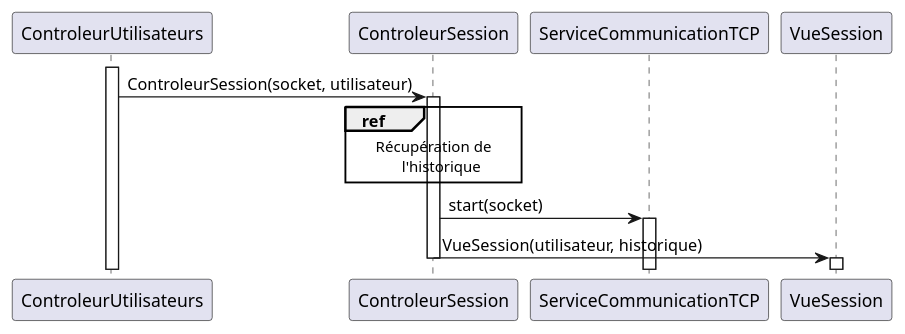
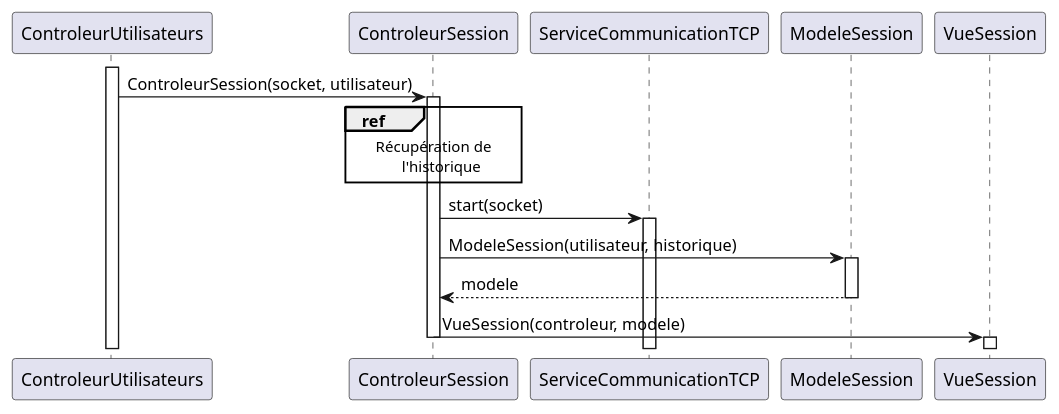
The diagram in sequence/creation_session.wsd (arc-hugo/clavardage_uml), drawn with PlantUML before and after one commit. The commit also changed 3 other files, not shown here.

```diff
--- a/sequence/creation_session.wsd
+++ b/sequence/creation_session.wsd
@@ -1,14 +1,18 @@
 @startuml creation_session
 activate ControleurUtilisateurs
 ControleurUtilisateurs -> ControleurSession : ControleurSession(socket, utilisateur)
 activate ControleurSession
 ref over ControleurSession
     Récupération de
         l'historique
 end ref
 ControleurSession -> ServiceCommunicationTCP : start(socket)
 activate ServiceCommunicationTCP
-ControleurSession -> VueSession : VueSession(utilisateur, historique)
+ControleurSession -> ModeleSession : ModeleSession(utilisateur, historique)
+activate ModeleSession
+ModeleSession --> ControleurSession : modele
+deactivate ModeleSession
+ControleurSession -> VueSession : VueSession(controleur, modele)
 deactivate ControleurSession
 activate VueSession
 @enduml
```
